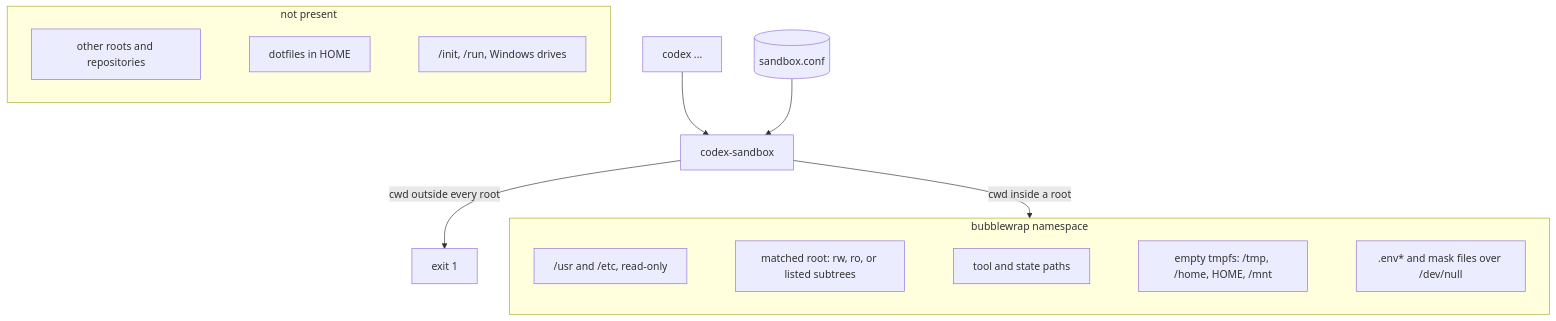
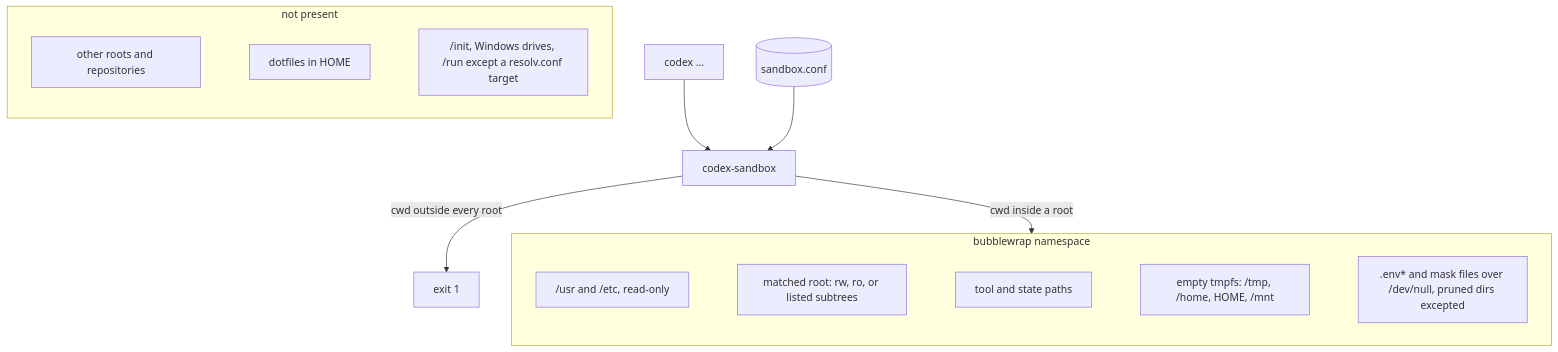
One commit to darblinko/agent-controls changed the first of 2 diagrams in README.md. Above: the diagram before and after it, drawn with Mermaid. The commit also changed other lines of this file and 3 other files, not shown here.

First line of the commit message:
docs: state the sandbox mask pruning, /run and /init limits

````diff
--- a/README.md
+++ b/README.md
@@ -38,21 +38,21 @@
 ```mermaid
 flowchart TD
   cmd["codex ..."] --> wrapper["codex-sandbox"]
   conf[("sandbox.conf")] --> wrapper
   wrapper -->|"cwd outside every root"| refuse["exit 1"]
   wrapper -->|"cwd inside a root"| ns
   subgraph ns["bubblewrap namespace"]
     sys["/usr and /etc, read-only"]
     root["matched root: rw, ro, or listed subtrees"]
     extra["tool and state paths"]
     empty["empty tmpfs: /tmp, /home, HOME, /mnt"]
-    masked[".env* and mask files over /dev/null"]
+    masked[".env* and mask files over /dev/null, pruned dirs excepted"]
     sys ~~~ root ~~~ extra ~~~ empty ~~~ masked
   end
   subgraph gone["not present"]
     other["other roots and repositories"]
     dot["dotfiles in HOME"]
-    wsl["/init, /run, Windows drives"]
+    wsl["/init, Windows drives, /run except a resolv.conf target"]
     other ~~~ dot ~~~ wsl
   end
 ```
````
